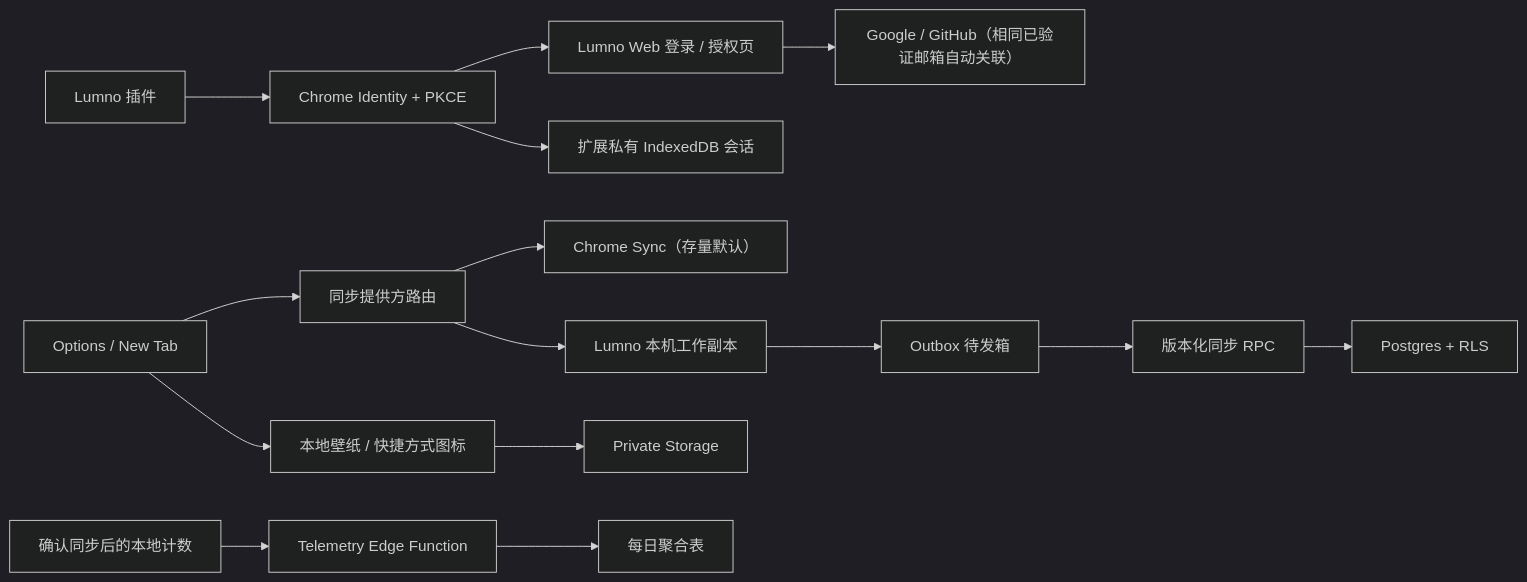
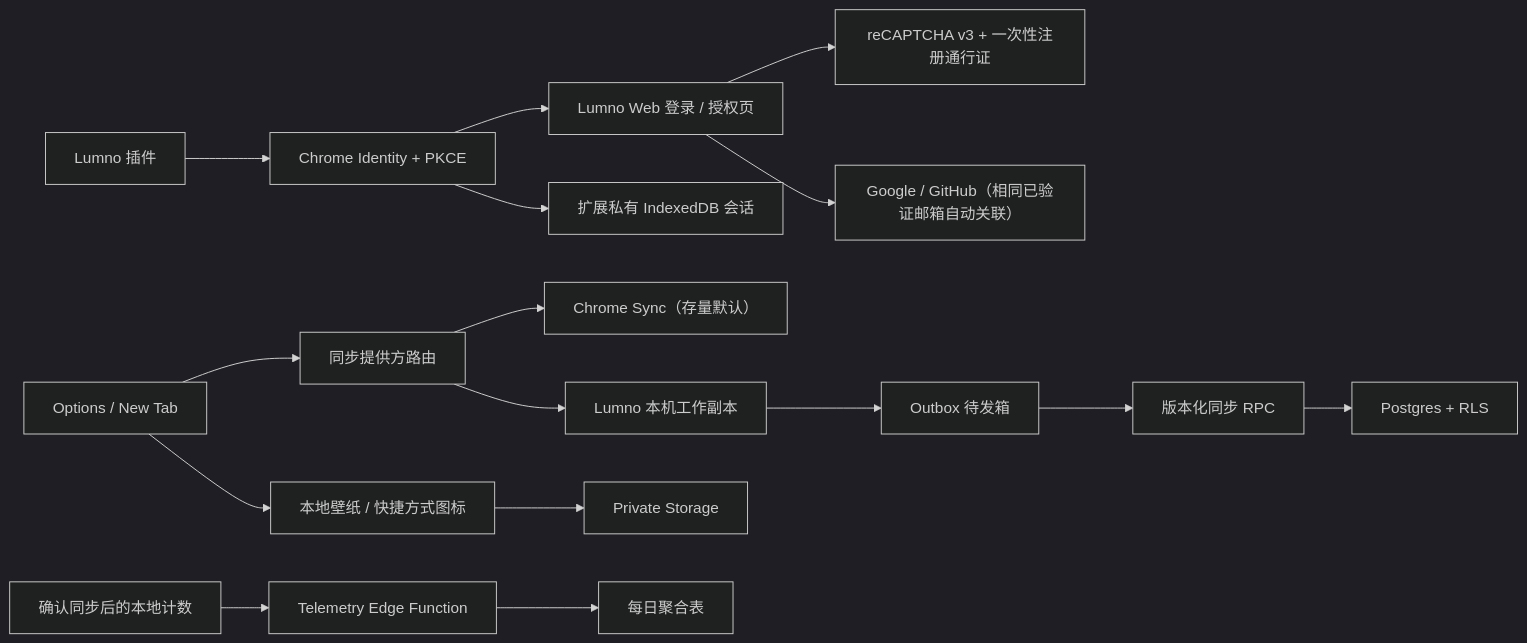
Before and after one commit to 0-V-linuxdo/lumno-extension: the diagram in docs/account-sync-architecture.md, drawn with Mermaid (dark theme). The commit also changed other lines of this file and 33 other files, not shown here.

````diff
--- a/docs/account-sync-architecture.md
+++ b/docs/account-sync-architecture.md
@@ -15,17 +15,18 @@
 ```mermaid
 flowchart LR
   Plugin["Lumno 插件"] --> PKCE["Chrome Identity + PKCE"]
   PKCE --> Web["Lumno Web 登录 / 授权页"]
+  Web --> Captcha["reCAPTCHA v3 + 一次性注册通行证"]
   Web --> Social["Google / GitHub（相同已验证邮箱自动关联）"]
   PKCE --> Vault["扩展私有 IndexedDB 会话"]
   UI["Options / New Tab"] --> Router["同步提供方路由"]
   Router --> ChromeSync["Chrome Sync（存量默认）"]
   Router --> Cache["Lumno 本机工作副本"]
   Cache --> Outbox["Outbox 待发箱"]
   Outbox --> RPC["版本化同步 RPC"]
   RPC --> DB["Postgres + RLS"]
   UI --> IDB["本地壁纸 / 快捷方式图标"]
   IDB --> Media["Private Storage"]
   Counter["确认同步后的本地计数"] --> Edge["Telemetry Edge Function"]
   Edge --> Daily["每日聚合表"]
 ```
````
